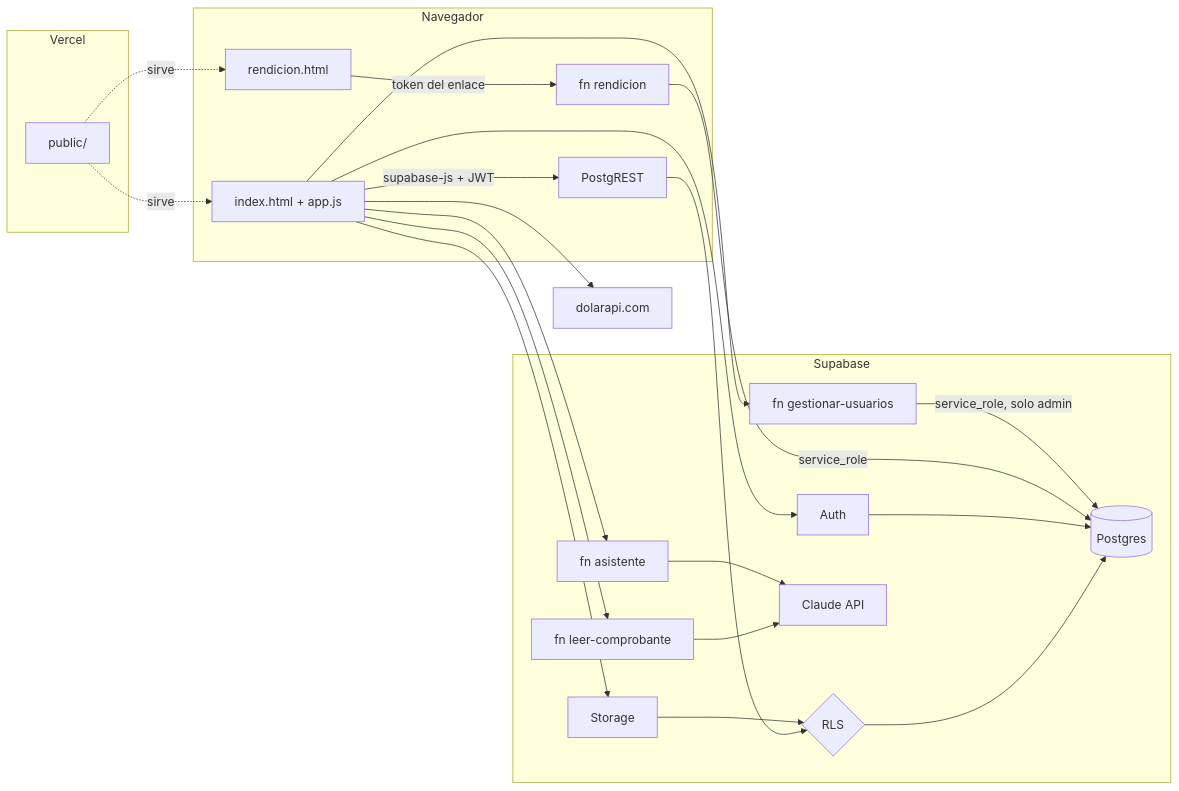
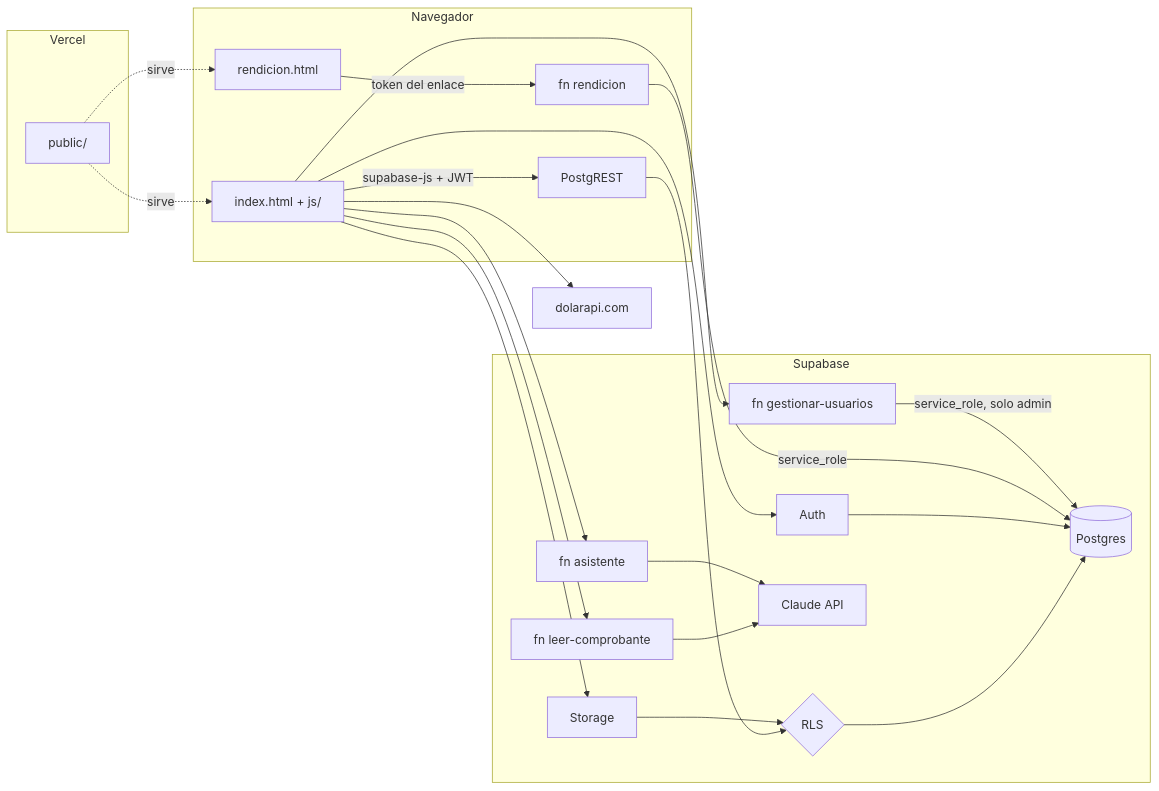
One commit to Vpomar/metroclaro changed the diagram in docs/02-arquitectura.md. Above: the diagram before and after it, drawn with Mermaid. The commit also changed other lines of this file and 38 other files, not shown here.

````diff
--- a/docs/02-arquitectura.md
+++ b/docs/02-arquitectura.md
@@ -19,28 +19,28 @@
 ```mermaid
 flowchart LR
   subgraph Navegador
-    A[index.html + app.js] -->|supabase-js + JWT| API
+    A[index.html + js/] -->|supabase-js + JWT| API
     R[rendicion.html] -->|token del enlace| FR
   end
   subgraph Vercel
     P[public/]
   end
   P -.sirve.-> A
   P -.sirve.-> R
   subgraph Supabase
     API[PostgREST] --> RLS{RLS}
     RLS --> DB[(Postgres)]
     AUTH[Auth] --> DB
     ST[Storage] --> RLS
     FR[fn rendicion] -->|service_role| DB
     FU[fn gestionar-usuarios] -->|service_role, solo admin| DB
     FL[fn leer-comprobante] --> CL[Claude API]
     FA[fn asistente] --> CL
   end
   A --> AUTH
   A --> ST
   A --> FU
   A --> FL
   A --> FA
   A --> DOL[dolarapi.com]
 ```
````
